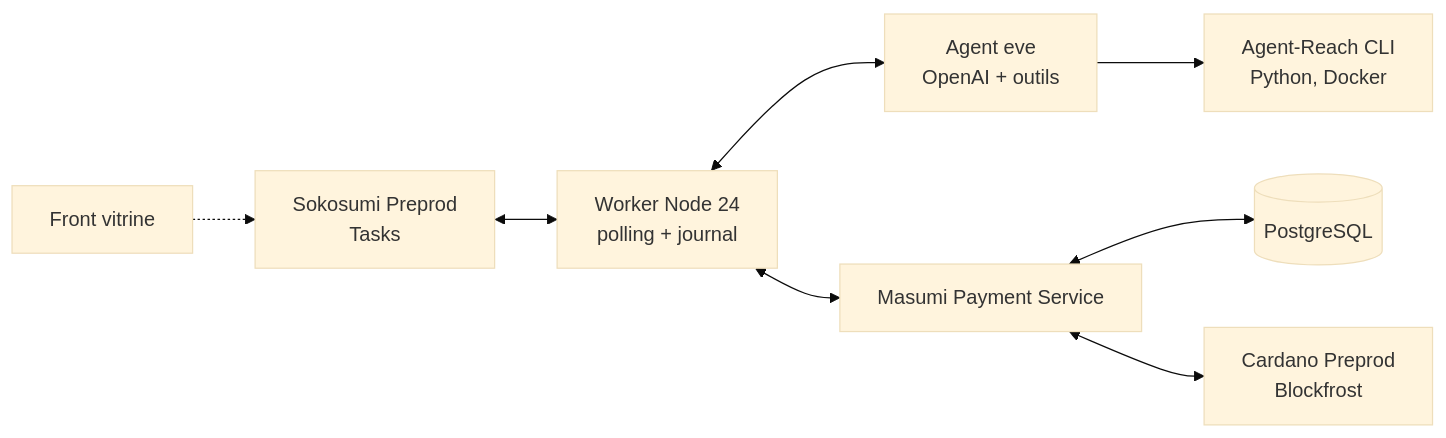
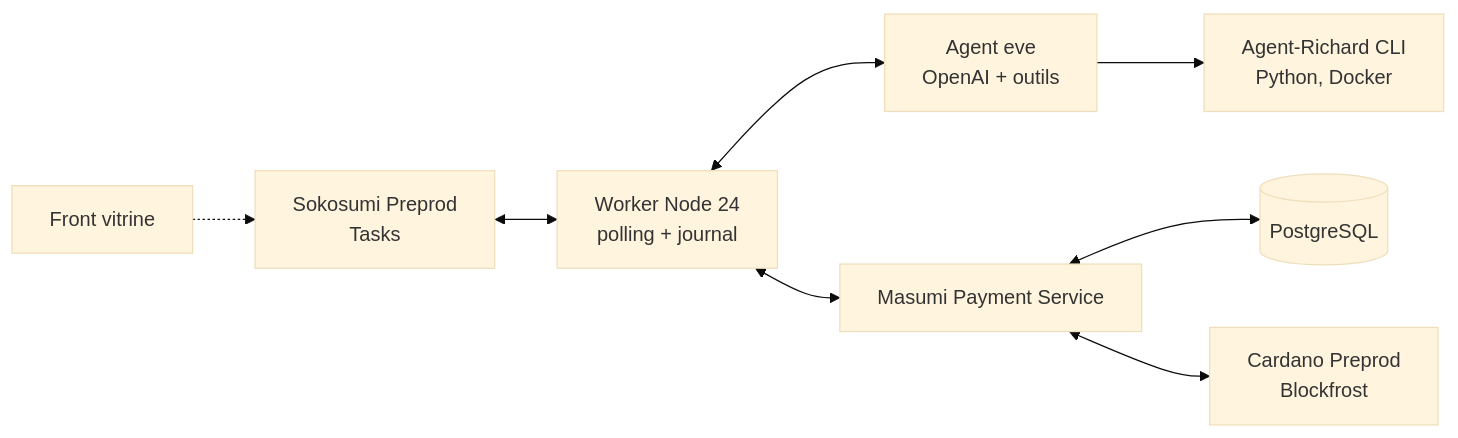
Before and after one commit to DVB-ANS/cardano-reach: the second of 2 diagrams in BRIEF.md, drawn with Mermaid (base theme). The commit also changed other lines of this file and 34 other files, not shown here.

Commit message:
chore: l'agent s'appelle Richard (Coworker, agent, worker, front, docs) ; promesses du front alignées (#23)

````diff
--- a/BRIEF.md
+++ b/BRIEF.md
@@ -257,10 +257,10 @@
 ```mermaid
 flowchart LR
   S[Sokosumi Preprod<br/>Tasks] <--> W[Worker Node 24<br/>polling + journal]
   W <--> E[Agent eve<br/>OpenAI + outils]
-  E --> AR[Agent-Reach CLI<br/>Python, Docker]
+  E --> AR[Agent-Richard CLI<br/>Python, Docker]
   W <--> M[Masumi Payment Service]
   M <--> P[(PostgreSQL)]
   M <--> C[Cardano Preprod<br/>Blockfrost]
   F[Front vitrine] -.-> S
 ```
````
